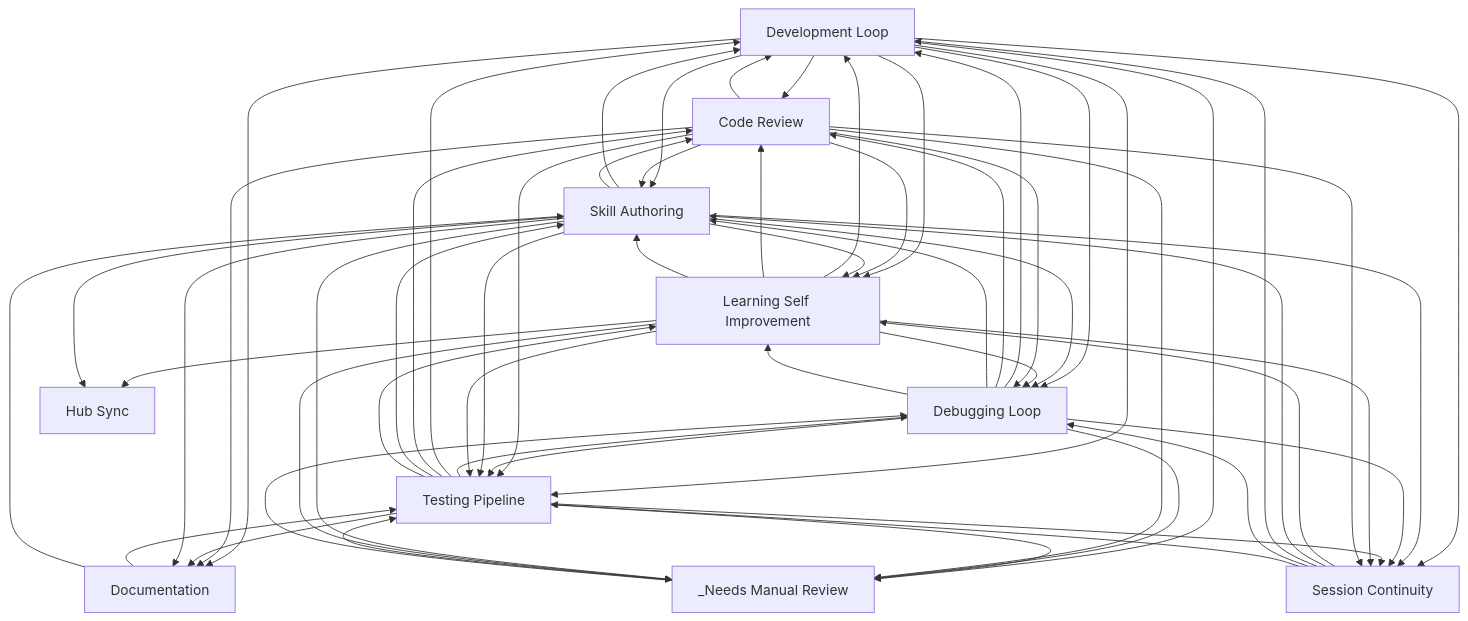
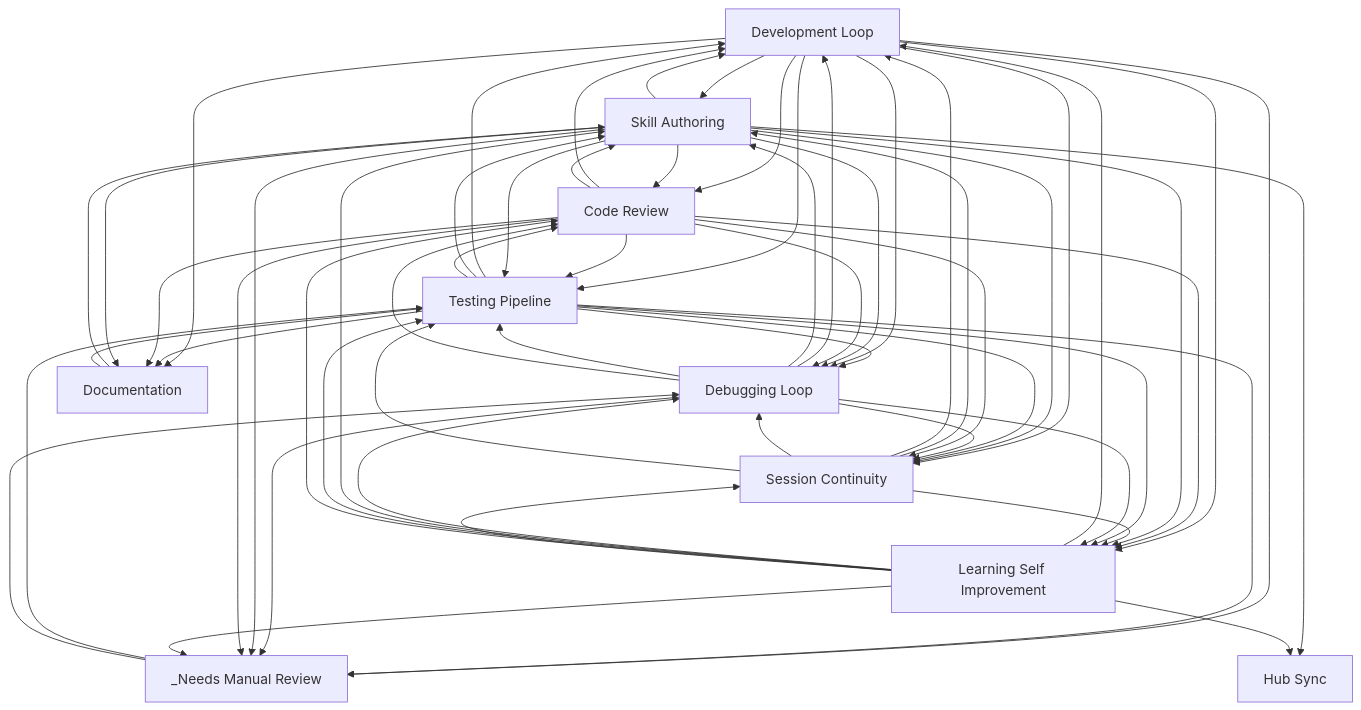
One commit to abhayla/claude-best-practices changed the diagram in docs/workflows/INDEX.md. Above: the diagram before and after it, drawn with Mermaid. The commit also changed other lines of this file and 12 other files, not shown here.

````diff
--- a/docs/workflows/INDEX.md
+++ b/docs/workflows/INDEX.md
@@ -22,70 +22,70 @@
 ```mermaid
 graph TD
     development_loop[Development Loop]
     testing_pipeline[Testing Pipeline]
     debugging_loop[Debugging Loop]
     learning_self_improvement[Learning Self Improvement]
     session_continuity[Session Continuity]
     skill_authoring[Skill Authoring]
     code_review[Code Review]
     documentation[Documentation]
     hub_sync[Hub Sync]
     _needs_manual_review[_Needs Manual Review]
+    documentation --> skill_authoring
     documentation --> testing_pipeline
-    documentation --> skill_authoring
+    development_loop --> skill_authoring
     development_loop --> code_review
-    development_loop --> skill_authoring
     code_review --> development_loop
     code_review --> skill_authoring
+    development_loop --> testing_pipeline
     development_loop --> learning_self_improvement
-    development_loop --> testing_pipeline
+    code_review --> testing_pipeline
     code_review --> learning_self_improvement
-    code_review --> testing_pipeline
+    testing_pipeline --> development_loop
     testing_pipeline --> debugging_loop
-    testing_pipeline --> development_loop
+    testing_pipeline --> skill_authoring
     testing_pipeline --> code_review
-    testing_pipeline --> skill_authoring
     debugging_loop --> development_loop
+    debugging_loop --> skill_authoring
+    debugging_loop --> testing_pipeline
     debugging_loop --> code_review
-    debugging_loop --> testing_pipeline
-    debugging_loop --> skill_authoring
     development_loop --> debugging_loop
     skill_authoring --> development_loop
     skill_authoring --> code_review
+    skill_authoring --> testing_pipeline
     skill_authoring --> learning_self_improvement
-    skill_authoring --> testing_pipeline
     development_loop --> _needs_manual_review
     testing_pipeline --> _needs_manual_review
     development_loop --> documentation
+    testing_pipeline --> documentation
     code_review --> documentation
-    testing_pipeline --> documentation
+    development_loop --> session_continuity
     session_continuity --> learning_self_improvement
-    development_loop --> session_continuity
     _needs_manual_review --> testing_pipeline
     skill_authoring --> session_continuity
+    testing_pipeline --> session_continuity
     debugging_loop --> session_continuity
-    testing_pipeline --> session_continuity
     skill_authoring --> debugging_loop
     _needs_manual_review --> debugging_loop
+    testing_pipeline --> learning_self_improvement
     debugging_loop --> learning_self_improvement
-    testing_pipeline --> learning_self_improvement
+    learning_self_improvement --> development_loop
     learning_self_improvement --> debugging_loop
-    learning_self_improvement --> development_loop
+    learning_self_improvement --> skill_authoring
+    learning_self_improvement --> testing_pipeline
     learning_self_improvement --> code_review
-    learning_self_improvement --> testing_pipeline
-    learning_self_improvement --> skill_authoring
     code_review --> debugging_loop
     debugging_loop --> _needs_manual_review
+    skill_authoring --> _needs_manual_review
     code_review --> _needs_manual_review
-    skill_authoring --> _needs_manual_review
+    code_review --> session_continuity
     learning_self_improvement --> session_continuity
-    code_review --> session_continuity
     session_continuity --> skill_authoring
     session_continuity --> development_loop
     session_continuity --> debugging_loop
     session_continuity --> testing_pipeline
+    skill_authoring --> hub_sync
     learning_self_improvement --> hub_sync
-    skill_authoring --> hub_sync
     learning_self_improvement --> _needs_manual_review
     skill_authoring --> documentation
 ```
````
